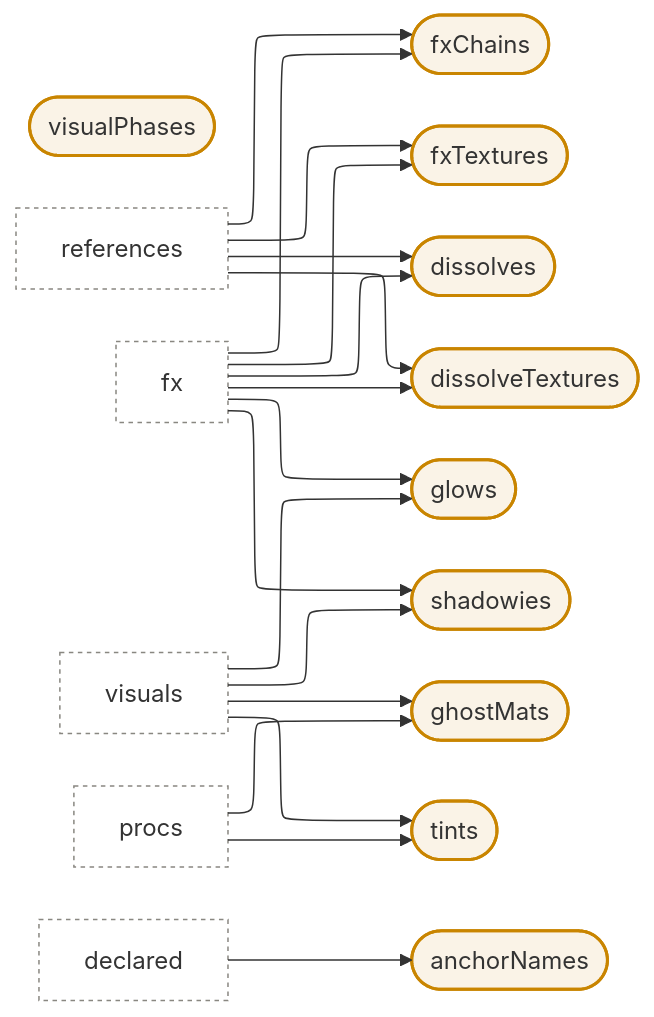
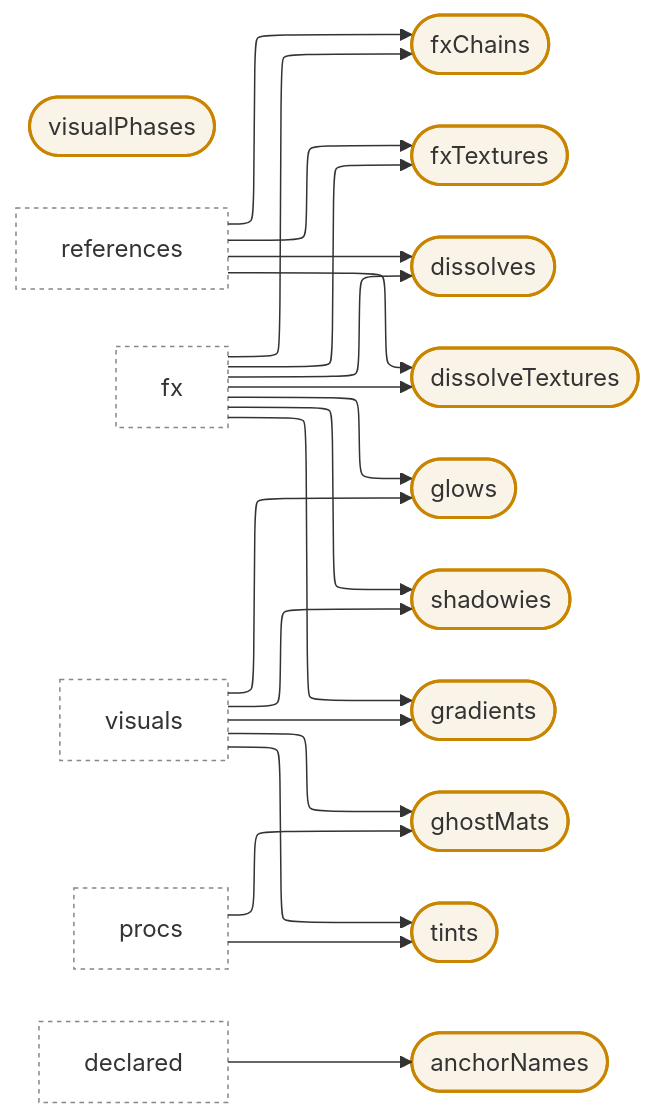
One commit to Natans8/Epsilook changed the sixth of 32 diagrams in docs/reference/routes.md. Above: the diagram before and after it, drawn with Mermaid. The commit also changed other lines of this file and 68 other files, not shown here.

````diff
--- a/docs/reference/routes.md
+++ b/docs/reference/routes.md
@@ -303,46 +303,49 @@
 ```mermaid
 ---
 config:
   layout: elk
 ---
 flowchart LR
     s_fxChains([fxChains])
     s_fxTextures([fxTextures])
     s_dissolves([dissolves])
     s_dissolveTextures([dissolveTextures])
     s_glows([glows])
     s_shadowies([shadowies])
+    s_gradients([gradients])
     s_ghostMats([ghostMats])
     s_tints([tints])
     s_anchorNames([anchorNames])
     s_visualPhases([visualPhases])
     f_references[references]
     f_fx[fx]
     f_visuals[visuals]
     f_procs[procs]
     f_declared[declared]
     f_references --> s_fxChains
     f_fx --> s_fxChains
     f_references --> s_fxTextures
     f_fx --> s_fxTextures
     f_references --> s_dissolves
     f_fx --> s_dissolves
     f_references --> s_dissolveTextures
     f_fx --> s_dissolveTextures
     f_visuals --> s_glows
     f_fx --> s_glows
     f_visuals --> s_shadowies
     f_fx --> s_shadowies
+    f_visuals --> s_gradients
+    f_fx --> s_gradients
     f_visuals --> s_ghostMats
     f_procs --> s_ghostMats
     f_visuals --> s_tints
     f_procs --> s_tints
     f_declared --> s_anchorNames
     classDef table fill:#d5518118,stroke:#d55181,stroke-width:2px
     classDef server fill:#d5518118,stroke:#d55181,stroke-width:2px,stroke-dasharray:5 3
     classDef field fill:#2a78d618,stroke:#2a78d6,stroke-width:2px
     classDef elsewhere fill:none,stroke:#898781,stroke-width:1px,stroke-dasharray:3 3
     classDef section fill:#c9850018,stroke:#c98500,stroke-width:2px
-    class s_fxChains,s_fxTextures,s_dissolves,s_dissolveTextures,s_glows,s_shadowies,s_ghostMats,s_tints,s_anchorNames,s_visualPhases section
+    class s_fxChains,s_fxTextures,s_dissolves,s_dissolveTextures,s_glows,s_shadowies,s_gradients,s_ghostMats,s_tints,s_anchorNames,s_visualPhases section
     class f_references,f_fx,f_visuals,f_procs,f_declared elsewhere
 ```
````
